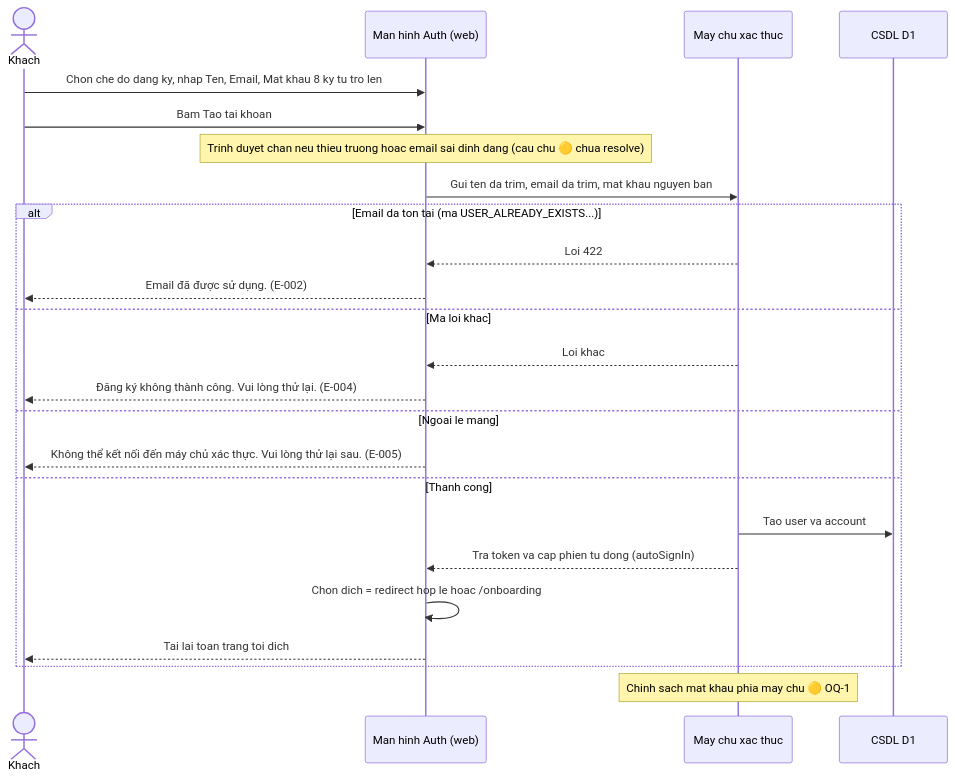
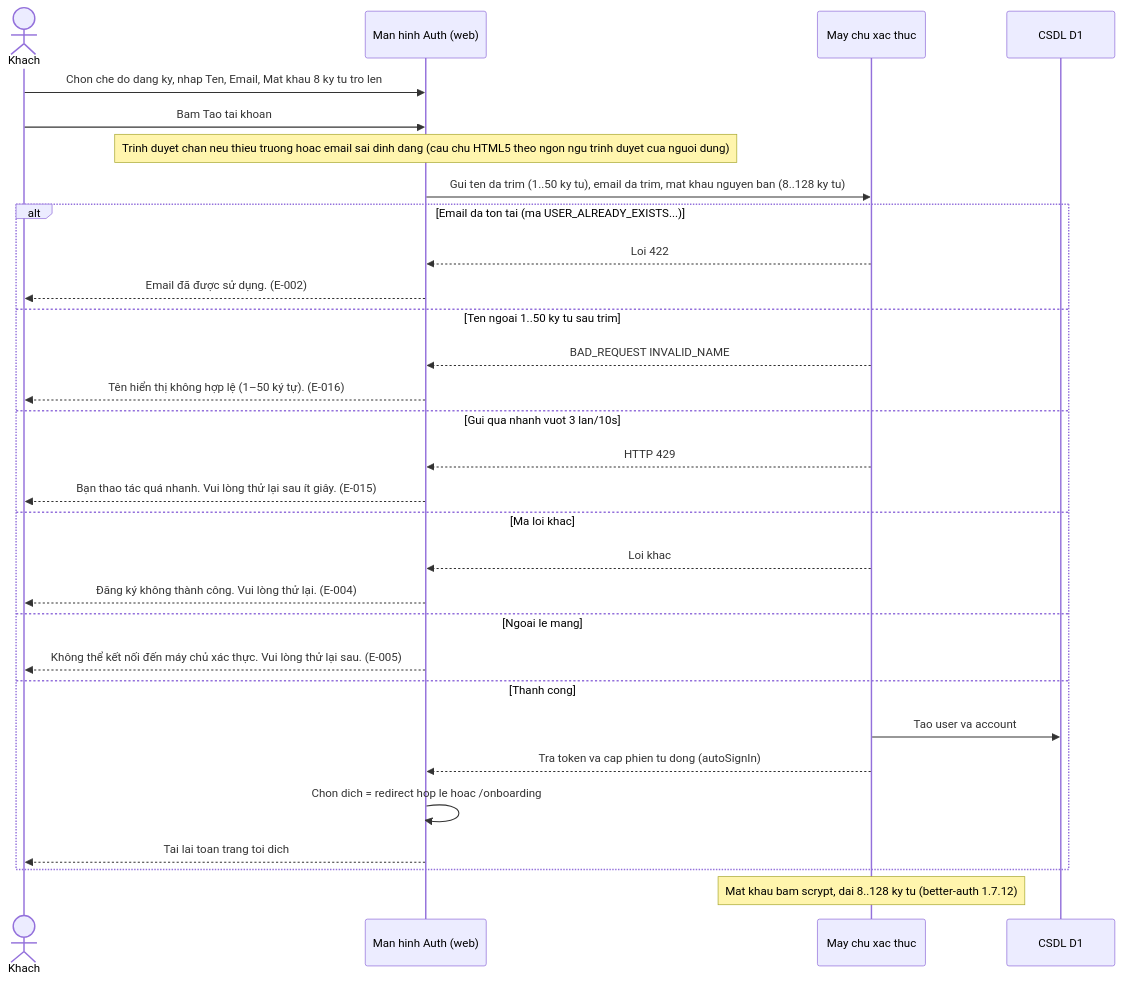
Before and after one commit to vinh19410/vox-flow: the first of 14 diagrams in docs/_reverse/auth-account/srs/auth-account-reverse-flows.md, drawn with Mermaid. The commit also changed other lines of this file and 16 other files, not shown here.

````diff
--- a/docs/_reverse/auth-account/srs/auth-account-reverse-flows.md
+++ b/docs/_reverse/auth-account/srs/auth-account-reverse-flows.md
@@ -17,26 +17,32 @@
 ```mermaid
 sequenceDiagram
     actor K as Khach
     participant W as Man hinh Auth (web)
     participant S as May chu xac thuc
     participant D as CSDL D1
     K->>W: Chon che do dang ky, nhap Ten, Email, Mat khau 8 ky tu tro len
     K->>W: Bam Tao tai khoan
-    Note over W: Trinh duyet chan neu thieu truong hoac email sai dinh dang (cau chu 🟡 chua resolve)
-    W->>S: Gui ten da trim, email da trim, mat khau nguyen ban
+    Note over W: Trinh duyet chan neu thieu truong hoac email sai dinh dang (cau chu HTML5 theo ngon ngu trinh duyet cua nguoi dung)
+    W->>S: Gui ten da trim (1..50 ky tu), email da trim, mat khau nguyen ban (8..128 ky tu)
     alt Email da ton tai (ma USER_ALREADY_EXISTS...)
         S-->>W: Loi 422
         W-->>K: Email đã được sử dụng. (E-002)
+    else Ten ngoai 1..50 ky tu sau trim
+        S-->>W: BAD_REQUEST INVALID_NAME
+        W-->>K: Tên hiển thị không hợp lệ (1–50 ký tự). (E-016)
+    else Gui qua nhanh vuot 3 lan/10s
+        S-->>W: HTTP 429
+        W-->>K: Bạn thao tác quá nhanh. Vui lòng thử lại sau ít giây. (E-015)
     else Ma loi khac
         S-->>W: Loi khac
         W-->>K: Đăng ký không thành công. Vui lòng thử lại. (E-004)
     else Ngoai le mang
         W-->>K: Không thể kết nối đến máy chủ xác thực. Vui lòng thử lại sau. (E-005)
     else Thanh cong
         S->>D: Tao user va account
         S-->>W: Tra token va cap phien tu dong (autoSignIn)
         W->>W: Chon dich = redirect hop le hoac /onboarding
         W-->>K: Tai lai toan trang toi dich
     end
-    Note over S: Chinh sach mat khau phia may chu 🟡 OQ-1
+    Note over S: Mat khau bam scrypt, dai 8..128 ky tu (better-auth 1.7.12)
 ```
````
